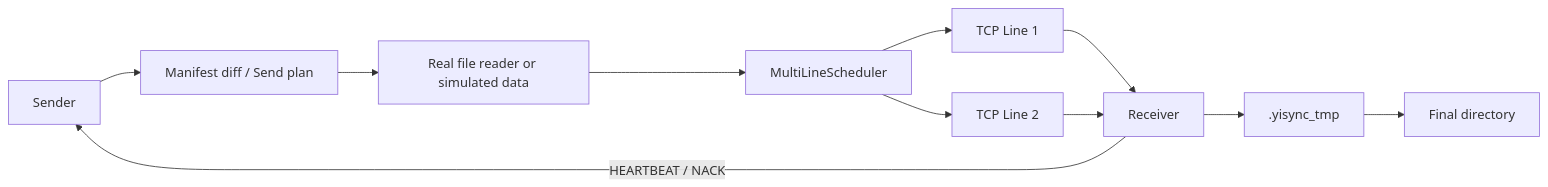
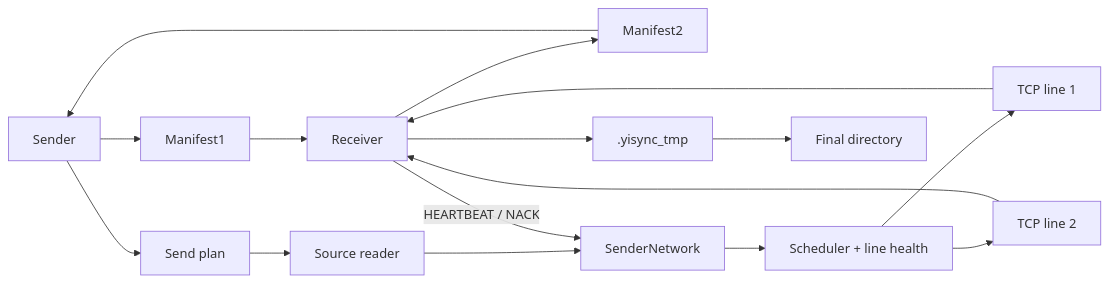
One commit to 7qing/Yisync changed the diagram in readme.md. Above: the diagram before and after it, drawn with Mermaid. The commit also changed other lines of this file and 71 other files, not shown here.

````diff
--- a/readme.md
+++ b/readme.md
@@ -195,13 +297,18 @@
 ```mermaid
 flowchart LR
-  A["Sender"] --> P["Manifest diff / Send plan"]
-  P --> R["Real file reader or simulated data"]
-  R --> S["MultiLineScheduler"]
-  S --> L1["TCP Line 1"]
-  S --> L2["TCP Line 2"]
-  L1 --> B["Receiver"]
+  A["Sender"] --> M1["Manifest1"]
+  M1 --> B["Receiver"]
+  B --> M2["Manifest2"]
+  M2 --> A
+  A --> P["Send plan"]
+  P --> R["Source reader"]
+  R --> N["SenderNetwork"]
+  N --> S["Scheduler + line health"]
+  S --> L1["TCP line 1"]
+  S --> L2["TCP line 2"]
+  L1 --> B
   L2 --> B
   B --> T[".yisync_tmp"]
   T --> F["Final directory"]
-  B -- "HEARTBEAT / NACK" --> A
+  B -- "HEARTBEAT / NACK" --> N
 ```
````
